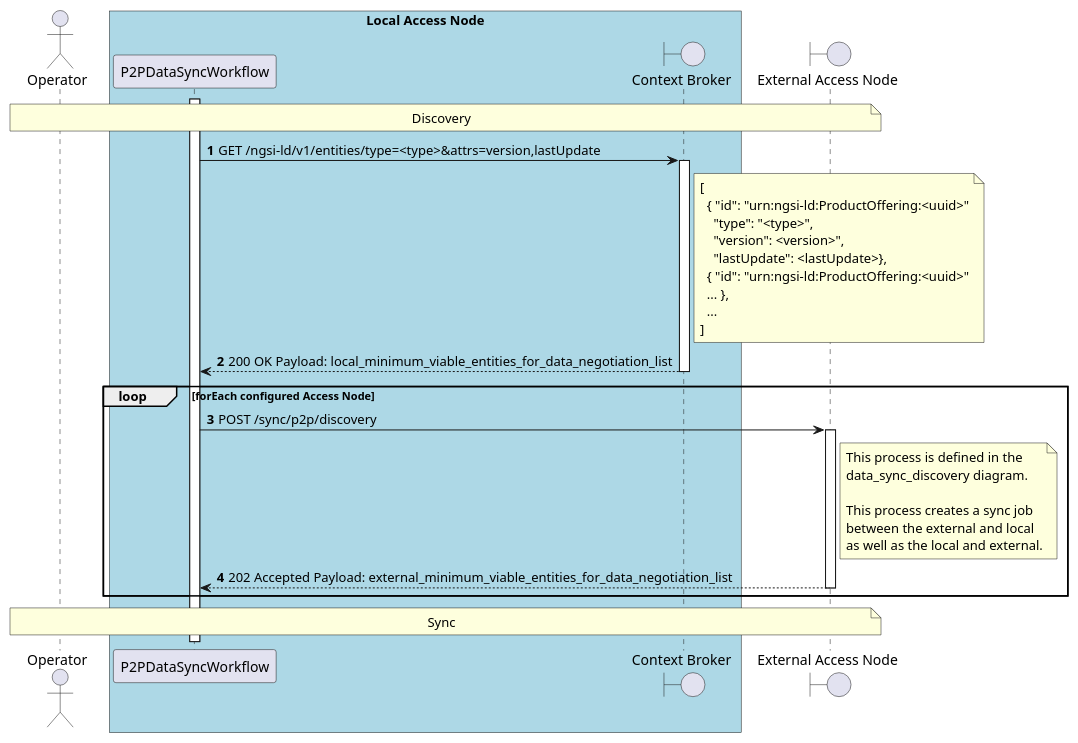
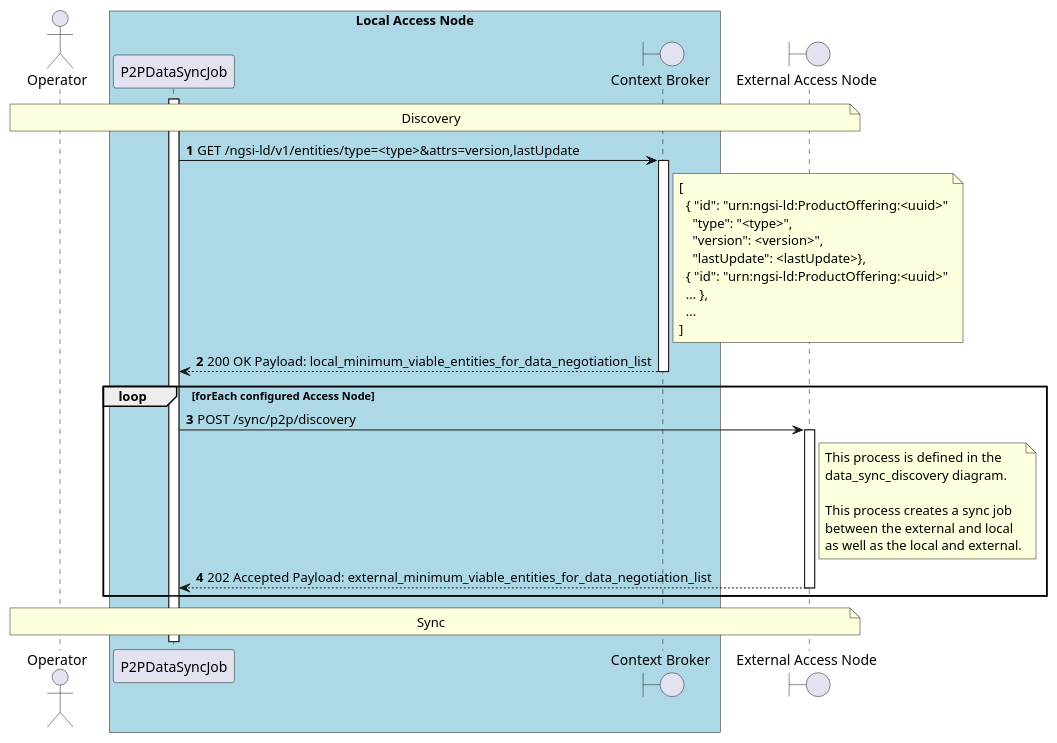
The diagram in desmos-tech-doc/diagrams/use-case-data-synchronization-2-discovery.puml (in2workspace/in2-guides), drawn with PlantUML before and after one commit. The commit also changed 4 other files, not shown here.

Commit message:
fix(data-syncronization): change p2p data sync workflow to p2p data sync job

```diff
--- a/desmos-tech-doc/diagrams/use-case-data-synchronization-2-discovery.puml
+++ b/desmos-tech-doc/diagrams/use-case-data-synchronization-2-discovery.puml
@@ -1,56 +1,56 @@
 @startuml
 'https://plantuml.com/sequence-diagram
 
 autonumber
 skinparam BoxPadding 10
 
 ' -------------------- Headers -------------------- '
 
 actor "Operator" as operator
 
 box "Local Access Node" #LightBlue
-    participant "P2PDataSyncWorkflow" as p2p_data_sync_workflow
+    participant "P2PDataSyncJob" as p2p_data_sync_job
     boundary "Context Broker" as context_broker
 end box
 
 boundary "External Access Node" as external_access_node
 
 ' -------------------- Diagram -------------------- '
 
 note over operator, external_access_node
     Discovery
 end note
 
-activate p2p_data_sync_workflow
-p2p_data_sync_workflow -> context_broker++: GET /ngsi-ld/v1/entities/type=<type>&attrs=version,lastUpdate
+activate p2p_data_sync_job
+p2p_data_sync_job -> context_broker++: GET /ngsi-ld/v1/entities/type=<type>&attrs=version,lastUpdate
     note right of context_broker
       [
         { "id": "urn:ngsi-ld:ProductOffering:<uuid>"
           "type": "<type>",
           "version": <version>",
           "lastUpdate": <lastUpdate>},
         { "id": "urn:ngsi-ld:ProductOffering:<uuid>"
         ... },
         ...
       ]
     end note
 return 200 OK Payload: local_minimum_viable_entities_for_data_negotiation_list
 
 loop forEach configured Access Node
-    p2p_data_sync_workflow -> external_access_node++: POST /sync/p2p/discovery
+    p2p_data_sync_job -> external_access_node++: POST /sync/p2p/discovery
         note right of external_access_node
             This process is defined in the
             data_sync_discovery diagram.
 
             This process creates a sync job
             between the external and local
             as well as the local and external.
         end note
     return 202 Accepted Payload: external_minimum_viable_entities_for_data_negotiation_list
 end
 
 note over operator, external_access_node
     Sync
 end note
 
 @enduml
```
